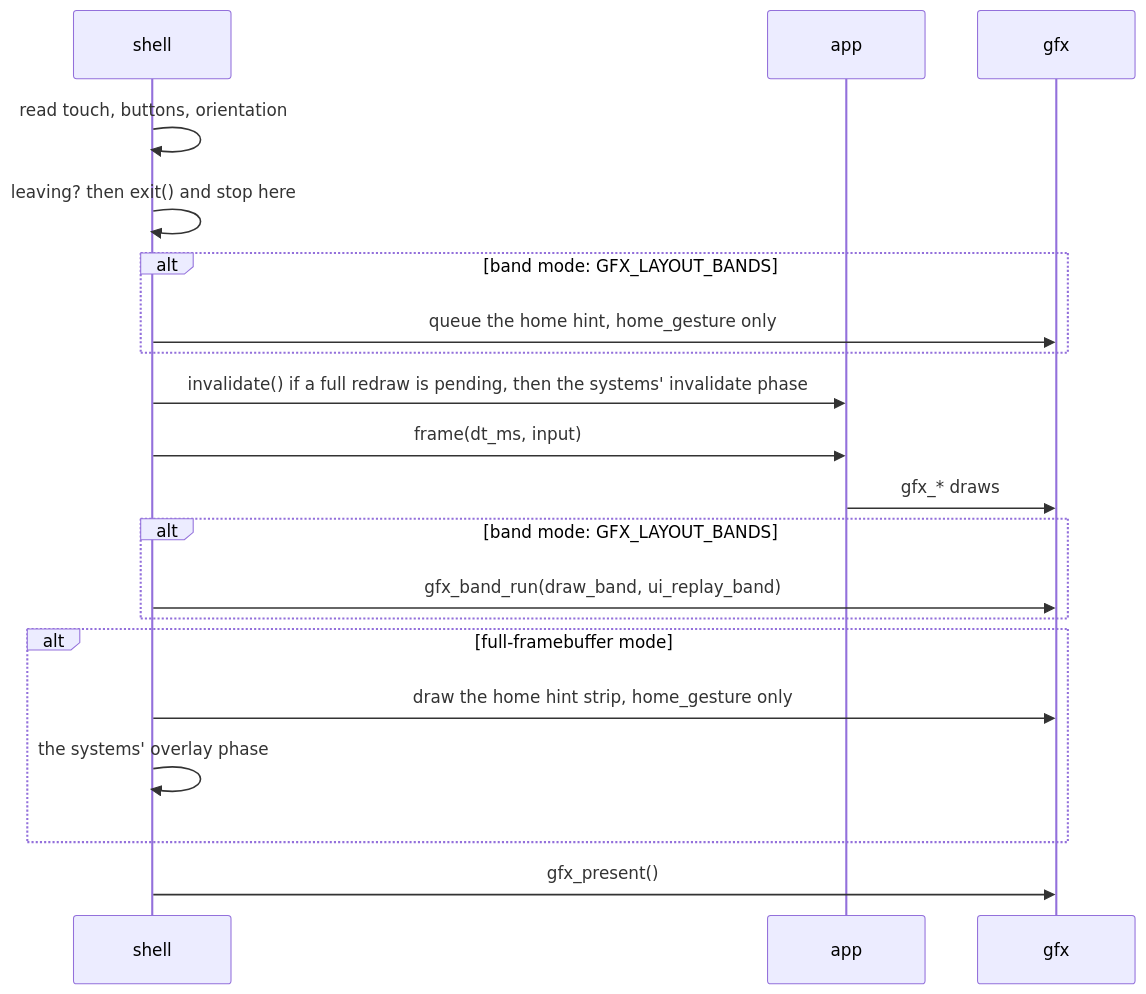
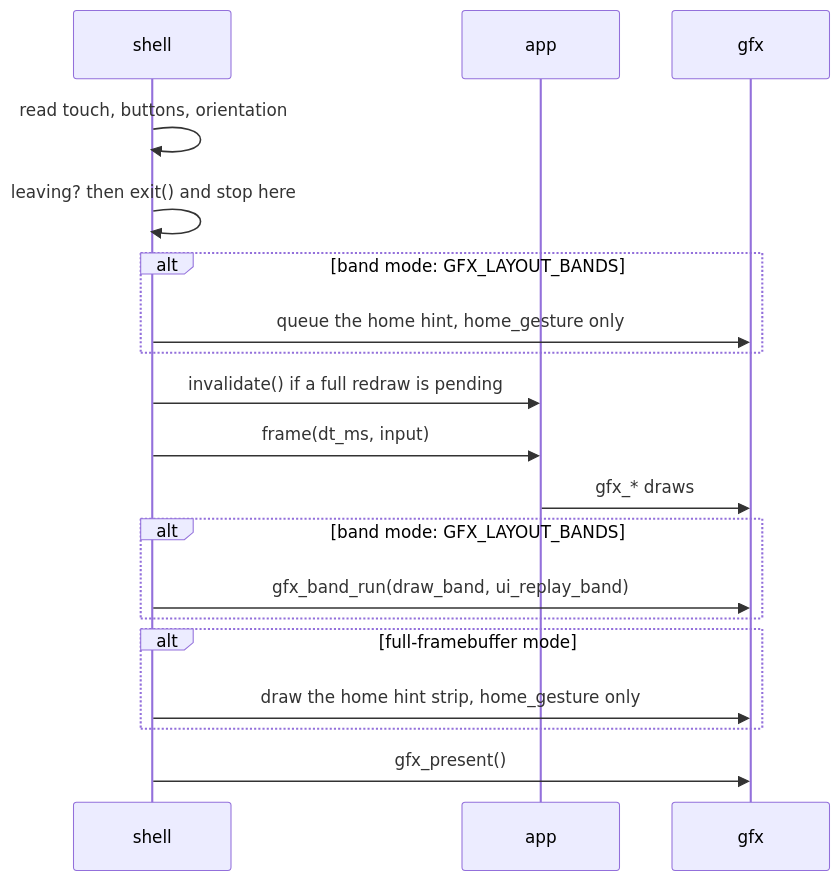
The second of 3 diagrams in docs/Building-an-App.md (jose-villegas/autana), drawn with Mermaid before and after one commit. The commit also changed other lines of this file and 4 other files, not shown here.

First line of the commit message:
shell: the overlay and invalidate phases wait for a system that uses them

````diff
--- a/docs/Building-an-App.md
+++ b/docs/Building-an-App.md
@@ -142,22 +142,21 @@
 ```mermaid
 sequenceDiagram
     participant S as shell
     participant A as app
     participant G as gfx
     S->>S: read touch, buttons, orientation
     S->>S: leaving? then exit() and stop here
     alt band mode: GFX_LAYOUT_BANDS
         S->>G: queue the home hint, home_gesture only
     end
-    S->>A: invalidate() if a full redraw is pending, then the systems' invalidate phase
+    S->>A: invalidate() if a full redraw is pending
     S->>A: frame(dt_ms, input)
     A->>G: gfx_* draws
     alt band mode: GFX_LAYOUT_BANDS
         S->>G: gfx_band_run(draw_band, ui_replay_band)
     end
     alt full-framebuffer mode
         S->>G: draw the home hint strip, home_gesture only
-        S->>S: the systems' overlay phase
     end
     S->>G: gfx_present()
 ```
````
